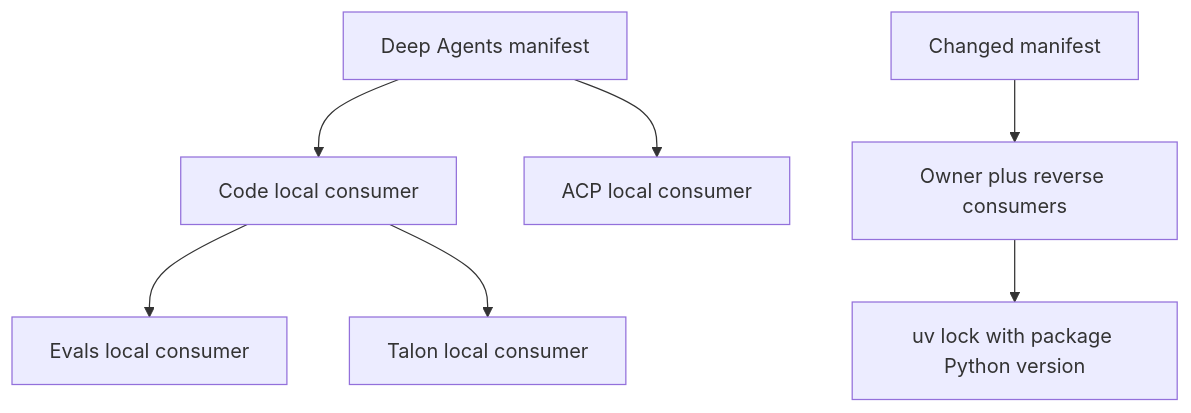
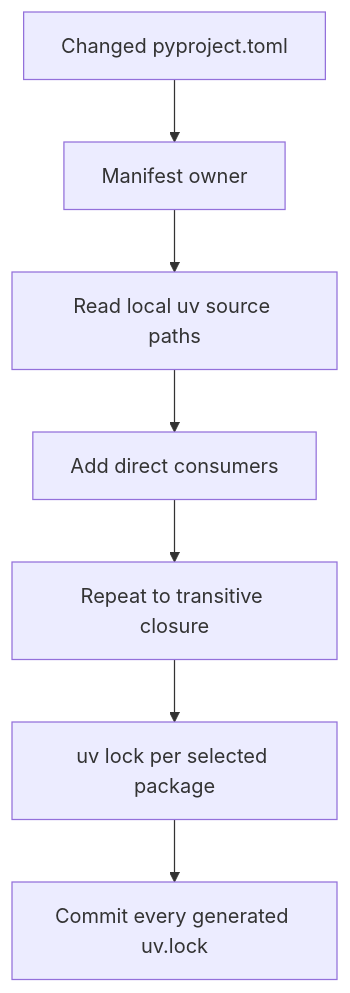
One commit to langchain-ai/deepagents changed the second of 2 diagrams in openwiki/operations/development.md. Above: the diagram before and after it, drawn with Mermaid. The commit also changed other lines of this file and 26 other files, not shown here.

````diff
--- a/openwiki/operations/development.md
+++ b/openwiki/operations/development.md
@@ -85,9 +123,9 @@
 ```mermaid
 flowchart TD
-    SDK["Deep Agents manifest"] --> Code["Code local consumer"]
-    SDK --> ACP["ACP local consumer"]
-    Code --> Evals["Evals local consumer"]
-    Code --> Talon["Talon local consumer"]
-    Changed["Changed manifest"] --> Closure["Owner plus reverse consumers"]
-    Closure --> Lock["uv lock with package Python version"]
+    Changed["Changed pyproject.toml"] --> Owner["Manifest owner"]
+    Owner --> Scan["Read local uv source paths"]
+    Scan --> Reverse["Add direct consumers"]
+    Reverse --> Repeat["Repeat to transitive closure"]
+    Repeat --> Locks["uv lock per selected package"]
+    Locks --> Commit["Commit every generated uv.lock"]
 ```
````
